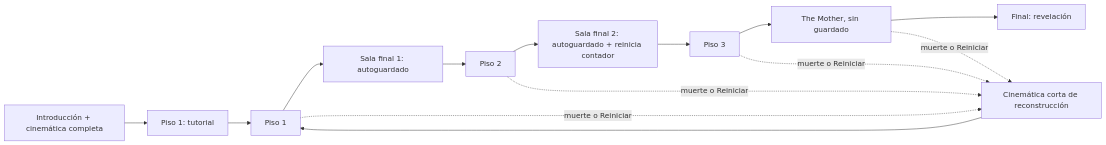
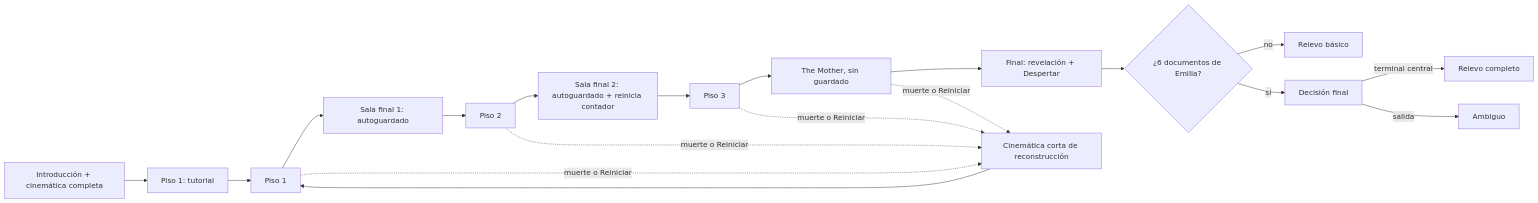
One commit to ChristianC720/survivalHorror-Demo changed the diagram in GDD/02 - Diseño/05 - Progresión.md. Above: the diagram before and after it, drawn with Mermaid. The commit also changed other lines of this file and 20 other files, not shown here.

````diff
--- a/GDD/02 - Diseño/05 - Progresión.md
+++ b/GDD/02 - Diseño/05 - Progresión.md
@@ -39,13 +39,18 @@
 ```mermaid
 flowchart LR
     I[Introducción + cinemática completa] --> T[Piso 1: tutorial]
     T --> P1[Piso 1]
     P1 --> F1[Sala final 1: autoguardado]
     F1 --> P2[Piso 2]
     P2 --> F2[Sala final 2: autoguardado + reinicia contador]
     F2 --> P3[Piso 3]
     P3 --> M[The Mother, sin guardado]
-    M --> F[Final: revelación]
+    M --> F[Final: revelación + Despertar]
+    F --> DOC{¿6 documentos de Emilia?}
+    DOC -- no --> RB[Relevo básico]
+    DOC -- sí --> DF[Decisión final]
+    DF -- terminal central --> RC[Relevo completo]
+    DF -- salida --> AM[Ambiguo]
     P1 & P2 & P3 & M -. muerte o Reiniciar .-> R[Cinemática corta de reconstrucción]
     R --> P1
 ```
````
